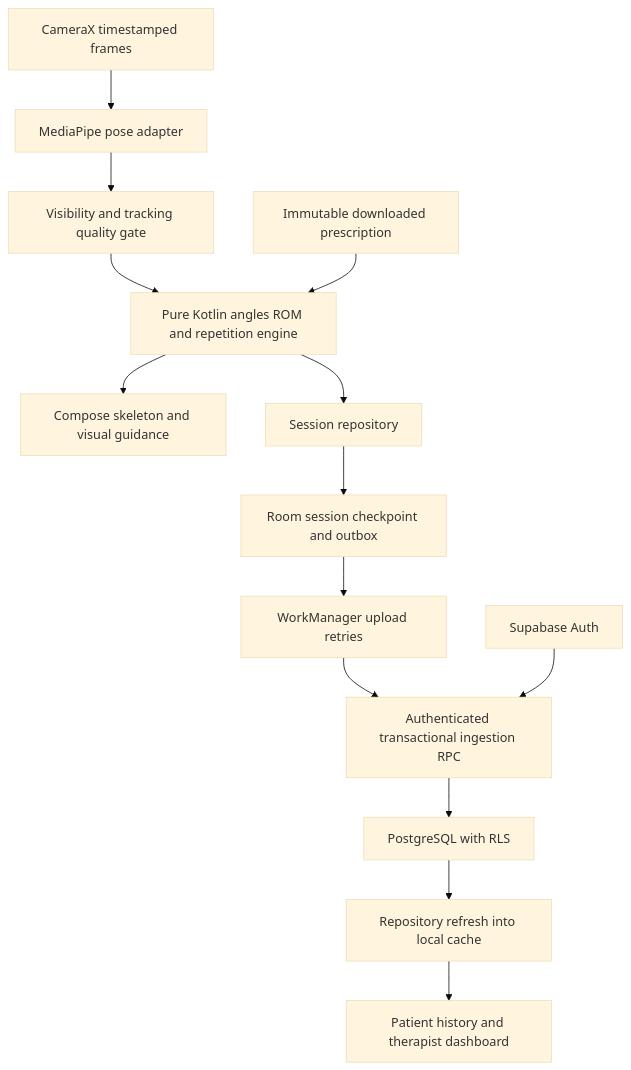
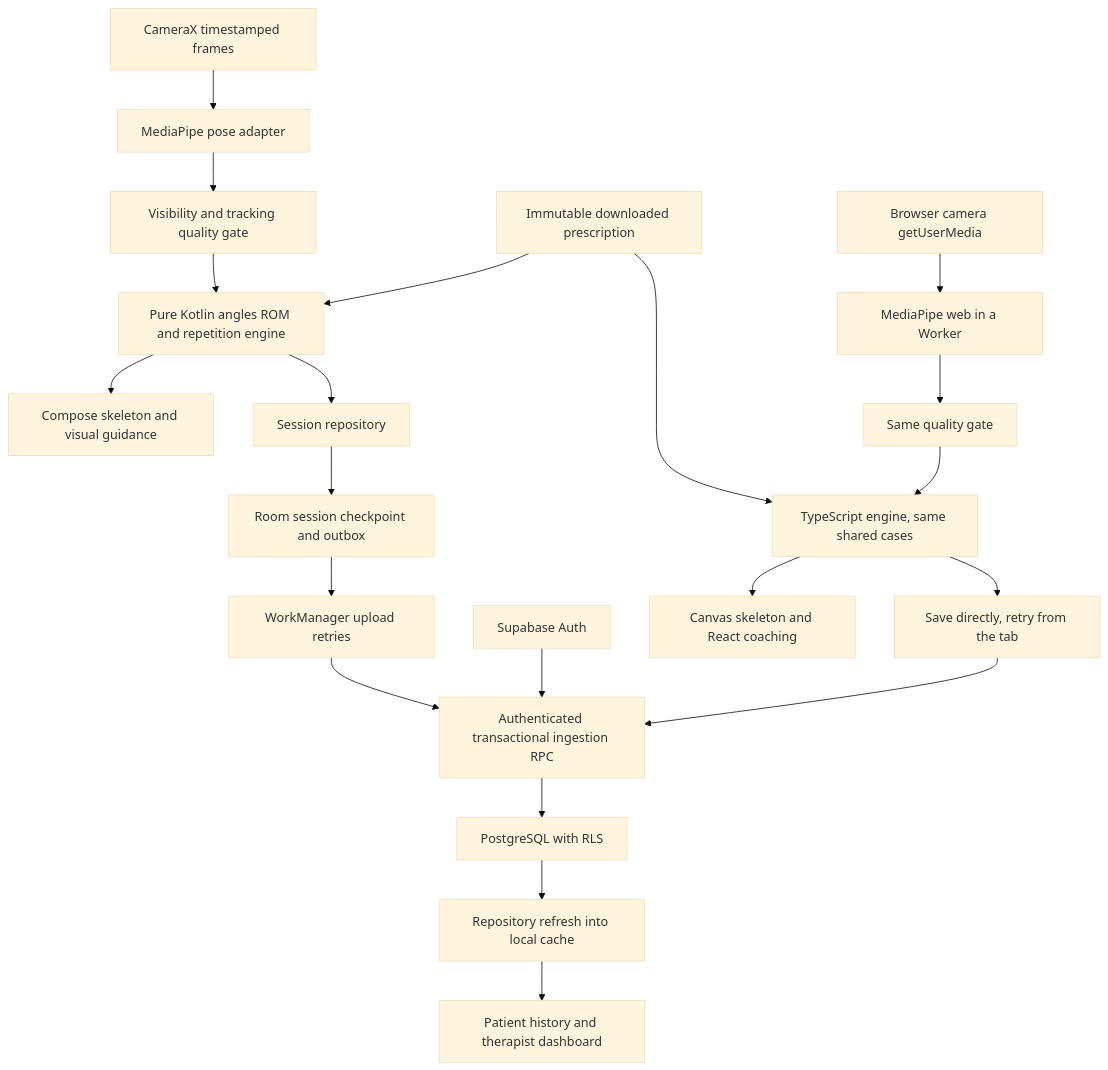
Before and after one commit to fsco101/Motivance: the first of 2 diagrams in docs/PLAN.md, drawn with Mermaid (base theme). The commit also changed other lines of this file and 15 other files, not shown here.

First line of the commit message:
docs: the camera exercise runs on the web too, and the privacy text says so

````diff
--- a/docs/PLAN.md
+++ b/docs/PLAN.md
@@ -137,16 +162,23 @@
 ```mermaid
 flowchart TD
   Camera[CameraX timestamped frames] --> Pose[MediaPipe pose adapter]
   Pose --> Quality[Visibility and tracking quality gate]
   Quality --> Engine[Pure Kotlin angles ROM and repetition engine]
   Prescription[Immutable downloaded prescription] --> Engine
   Engine --> UI[Compose skeleton and visual guidance]
   Engine --> Repo[Session repository]
   Repo --> Local[Room session checkpoint and outbox]
   Local --> Worker[WorkManager upload retries]
   Worker --> API[Authenticated transactional ingestion RPC]
   Auth[Supabase Auth] --> API
   API --> DB[PostgreSQL with RLS]
   DB --> Refresh[Repository refresh into local cache]
   Refresh --> Review[Patient history and therapist dashboard]
+  WebCamera[Browser camera getUserMedia] --> WebPose[MediaPipe web in a Worker]
+  WebPose --> WebQuality[Same quality gate]
+  WebQuality --> WebEngine[TypeScript engine, same shared cases]
+  Prescription --> WebEngine
+  WebEngine --> Canvas[Canvas skeleton and React coaching]
+  WebEngine --> WebSave[Save directly, retry from the tab]
+  WebSave --> API
 ```
````
